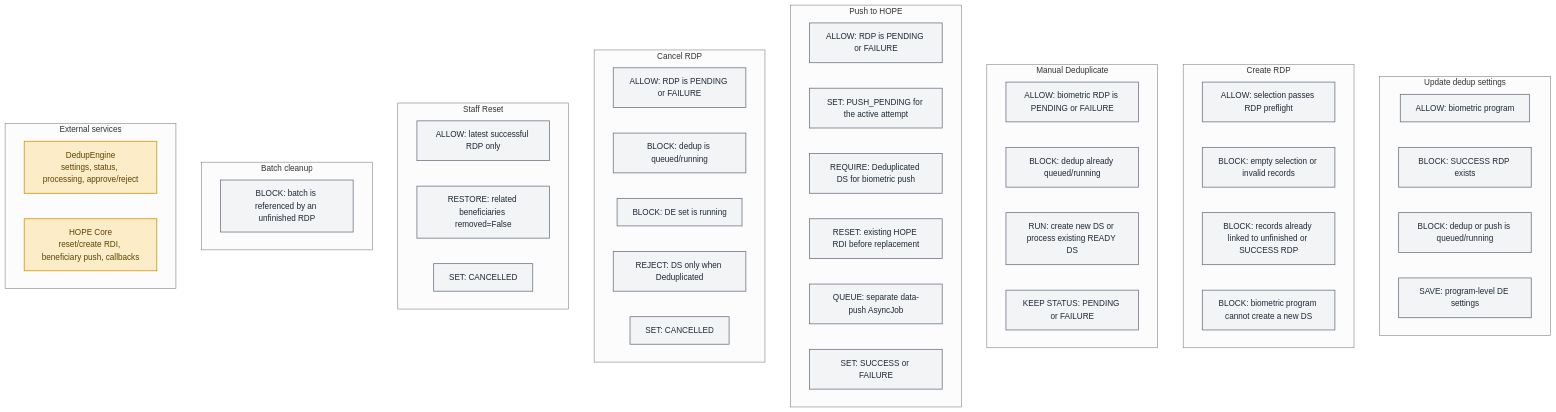
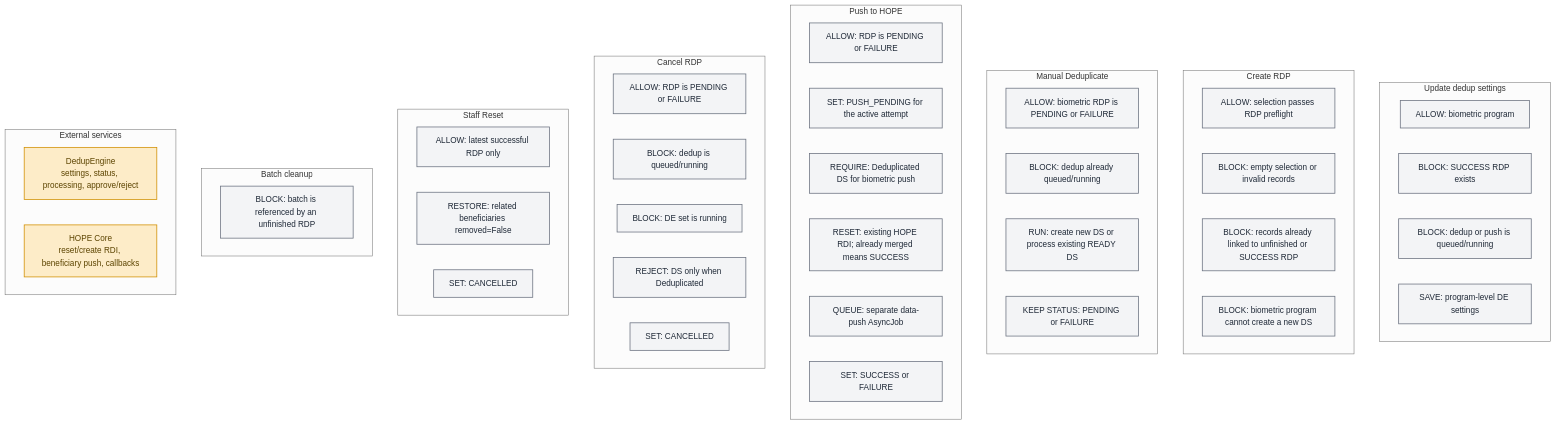
One commit to unicef/hope-country-workspace changed the third of 3 diagrams in docs/src/flows/rdp_lifecycle.md. Above: the diagram before and after it, drawn with Mermaid (neutral theme). The commit also changed other lines of this file and 4 other files, not shown here.

Commit message:
Handle HOPE RDI reset conflicts

````diff
--- a/docs/src/flows/rdp_lifecycle.md
+++ b/docs/src/flows/rdp_lifecycle.md
@@ -164,61 +171,61 @@
 ```mermaid
 flowchart TB
     subgraph SETTINGS["Update dedup settings"]
         S1["ALLOW: biometric program"]
         S2["BLOCK: SUCCESS RDP exists"]
         S3["BLOCK: dedup or push is queued/running"]
         S4["SAVE: program-level DE settings"]
     end
 
     subgraph CREATE["Create RDP"]
         C1["ALLOW: selection passes RDP preflight"]
         C2["BLOCK: empty selection or invalid records"]
         C3["BLOCK: records already linked to unfinished or SUCCESS RDP"]
         C4["BLOCK: biometric program cannot create a new DS"]
     end
 
     subgraph DEDUP["Manual Deduplicate"]
         D1["ALLOW: biometric RDP is PENDING or FAILURE"]
         D2["BLOCK: dedup already queued/running"]
         D3["RUN: create new DS or process existing READY DS"]
         D4["KEEP STATUS: PENDING or FAILURE"]
     end
 
     subgraph PUSH["Push to HOPE"]
         P1["ALLOW: RDP is PENDING or FAILURE"]
         P2["SET: PUSH_PENDING for the active attempt"]
         P3["REQUIRE: Deduplicated DS for biometric push"]
-        P4["RESET: existing HOPE RDI before replacement"]
+        P4["RESET: existing HOPE RDI; already merged means SUCCESS"]
         P5["QUEUE: separate data-push AsyncJob"]
         P6["SET: SUCCESS or FAILURE"]
     end
 
     subgraph CANCEL["Cancel RDP"]
         X1["ALLOW: RDP is PENDING or FAILURE"]
         X2["BLOCK: dedup is queued/running"]
         X3["BLOCK: DE set is running"]
         X4["REJECT: DS only when Deduplicated"]
         X5["SET: CANCELLED"]
     end
 
     subgraph RESET["Staff Reset"]
         R1["ALLOW: latest successful RDP only"]
         R2["RESTORE: related beneficiaries removed=False"]
         R3["SET: CANCELLED"]
     end
 
     subgraph CLEANUP["Batch cleanup"]
         B1["BLOCK: batch is referenced by an unfinished RDP"]
     end
 
     subgraph SERVICES["External services"]
         DE_API["DedupEngine<br>settings, status, processing, approve/reject"]
         HOPE_API["HOPE Core<br>reset/create RDI, beneficiary push, callbacks"]
     end
 
     classDef rule fill:#F3F4F6,stroke:#6B7280,stroke-width:1.5px,color:#1F2937;
     classDef external fill:#FDECC8,stroke:#D18F00,stroke-width:1.5px,color:#5C4400;
 
     class S1,S2,S3,S4,C1,C2,C3,C4,D1,D2,D3,D4,P1,P2,P3,P4,P5,P6,X1,X2,X3,X4,X5,R1,R2,R3,B1 rule;
     class DE_API,HOPE_API external;
 ```
````
